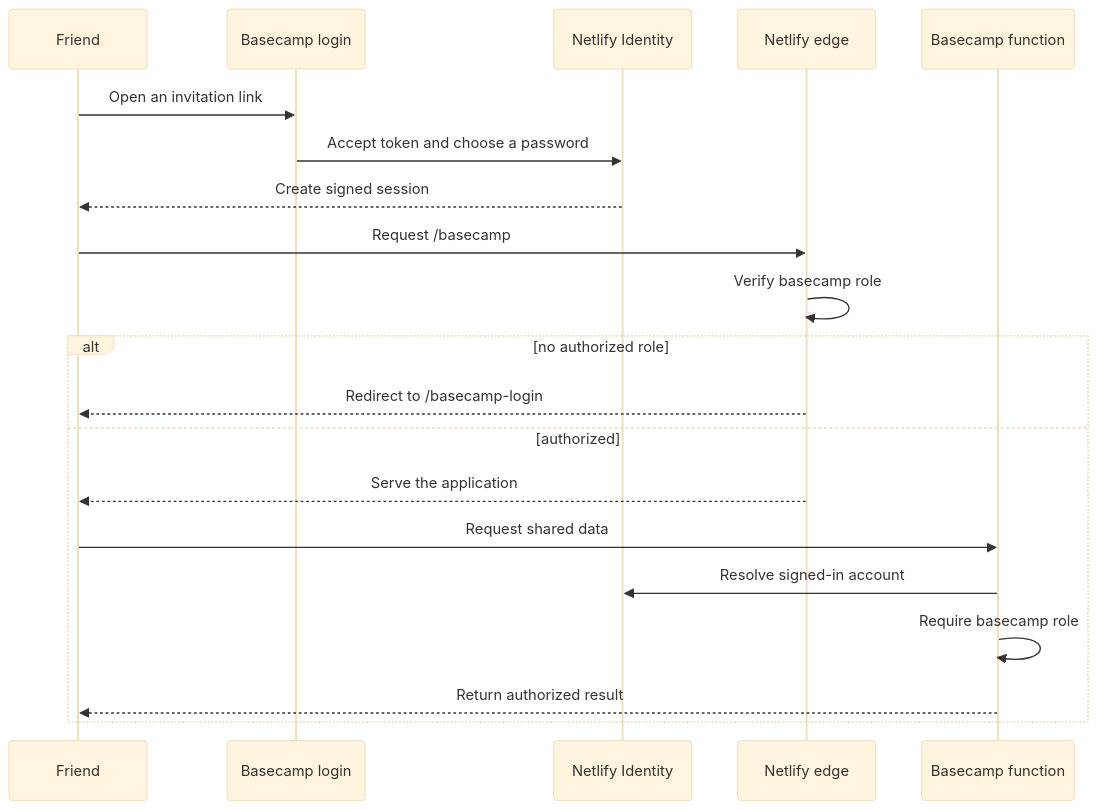
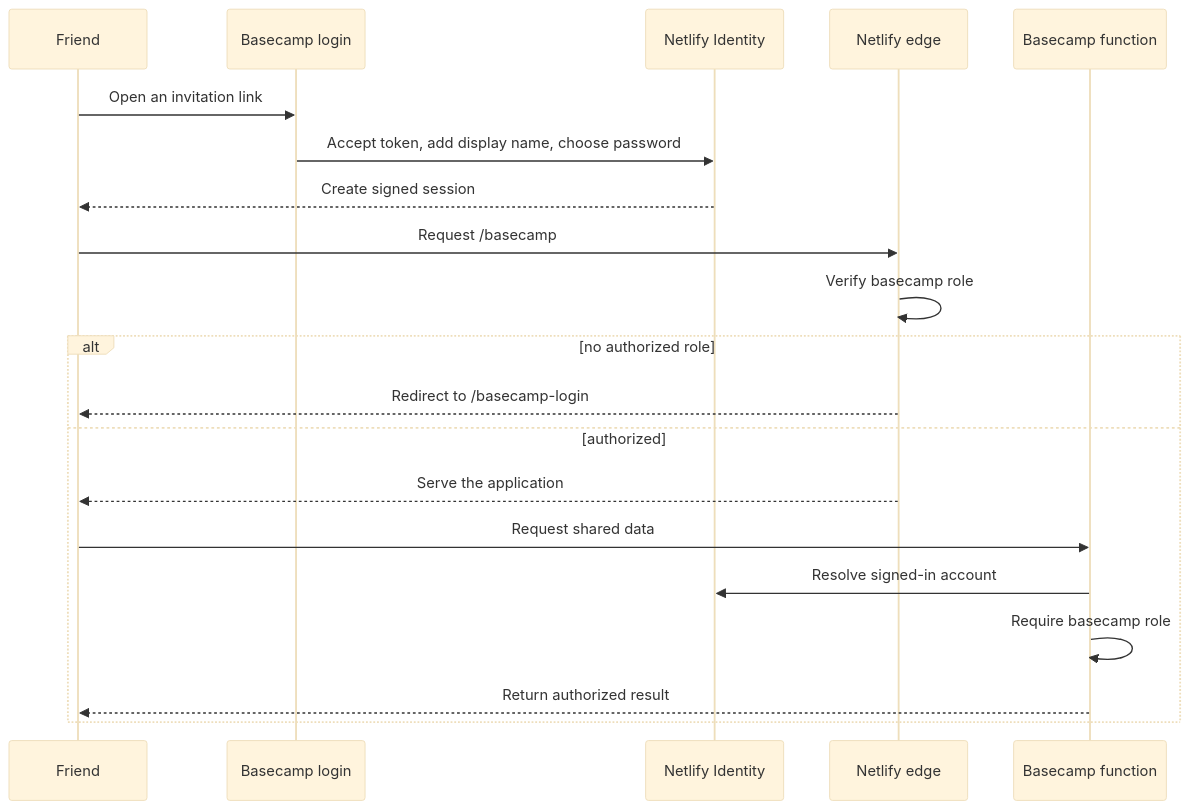
One commit to Priitivi/Portfolio changed the second of 5 diagrams in docs/basecamp-architecture.md. Above: the diagram before and after it, drawn with Mermaid (base theme). The commit also changed other lines of this file and 13 other files, not shown here.

````diff
--- a/docs/basecamp-architecture.md
+++ b/docs/basecamp-architecture.md
@@ -106,23 +106,23 @@
 ```mermaid
 sequenceDiagram
     participant Friend
     participant Login as Basecamp login
     participant Identity as Netlify Identity
     participant Edge as Netlify edge
     participant API as Basecamp function
 
     Friend->>Login: Open an invitation link
-    Login->>Identity: Accept token and choose a password
+    Login->>Identity: Accept token, add display name, choose password
     Identity-->>Friend: Create signed session
     Friend->>Edge: Request /basecamp
     Edge->>Edge: Verify basecamp role
     alt no authorized role
         Edge-->>Friend: Redirect to /basecamp-login
     else authorized
         Edge-->>Friend: Serve the application
         Friend->>API: Request shared data
         API->>Identity: Resolve signed-in account
         API->>API: Require basecamp role
         API-->>Friend: Return authorized result
     end
 ```
````
